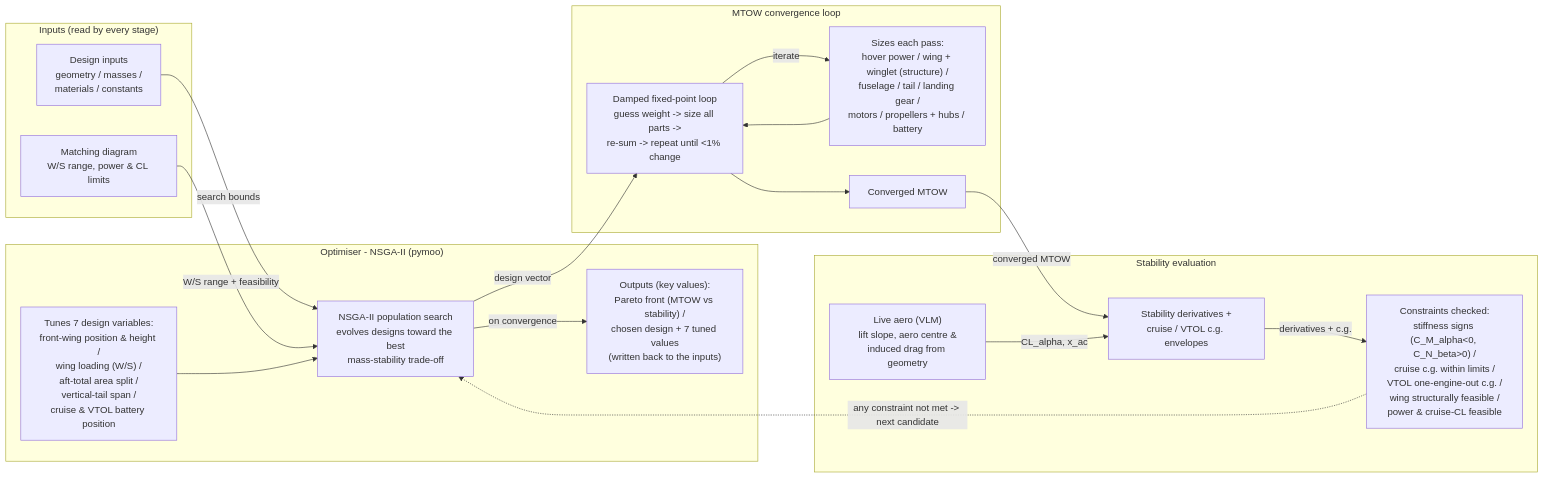
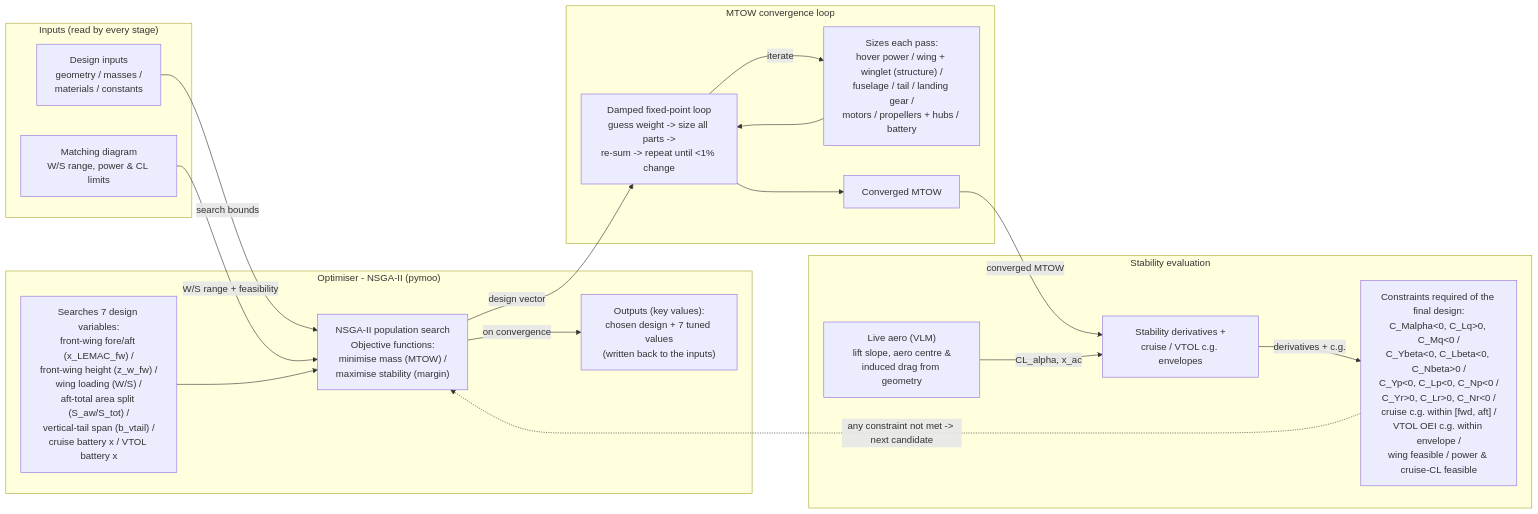
The second of 2 diagrams in docs/architecture/architecture.md (TGAJB/Prandtl-plane-EVTOL), drawn with Mermaid before and after one commit. The commit also changed 4 other files, not shown here.

Commit message:
another diagram update

````diff
--- a/docs/architecture/architecture.md
+++ b/docs/architecture/architecture.md
@@ -175,34 +175,34 @@
 ```mermaid
 flowchart LR
   subgraph cl_src["Inputs (read by every stage)"]
     in_design["Design inputs<br/>geometry / masses /<br/>materials / constants"]
     in_match["Matching diagram<br/>W/S range, power & CL limits"]
   end
   subgraph cl_opt["Optimiser - NSGA-II (pymoo)"]
-    opt_vars["Tunes 7 design variables:<br/>front-wing position & height /<br/>wing loading (W/S) /<br/>aft-total area split /<br/>vertical-tail span /<br/>cruise & VTOL battery position"]
-    opt_main["NSGA-II population search<br/>evolves designs toward the best<br/>mass-stability trade-off"]
-    opt_out["Outputs (key values):<br/>Pareto front (MTOW vs stability) /<br/>chosen design + 7 tuned values<br/>(written back to the inputs)"]
+    opt_vars["Searches 7 design variables:<br/>front-wing fore/aft (x_LEMAC_fw) /<br/>front-wing height (z_w_fw) /<br/>wing loading (W/S) /<br/>aft-total area split (S_aw/S_tot) /<br/>vertical-tail span (b_vtail) /<br/>cruise battery x / VTOL battery x"]
+    opt_main["NSGA-II population search<br/>Objective functions:<br/>minimise mass (MTOW) /<br/>maximise stability (margin)"]
+    opt_out["Outputs (key values):<br/>chosen design + 7 tuned values<br/>(written back to the inputs)"]
   end
   subgraph cl_mtow["MTOW convergence loop"]
     mtow_loop["Damped fixed-point loop<br/>guess weight -> size all parts -><br/>re-sum -> repeat until <1% change"]
     mtow_parts["Sizes each pass:<br/>hover power / wing + winglet (structure) /<br/>fuselage / tail / landing gear /<br/>motors / propellers + hubs / battery"]
     mtow_out["Converged MTOW"]
   end
   subgraph cl_stab["Stability evaluation"]
     stab_aero["Live aero (VLM)<br/>lift slope, aero centre &<br/>induced drag from geometry"]
     stab_eval["Stability derivatives +<br/>cruise / VTOL c.g. envelopes"]
-    stab_con["Constraints checked:<br/>stiffness signs (C_M_alpha<0, C_N_beta>0) /<br/>cruise c.g. within limits /<br/>VTOL one-engine-out c.g. /<br/>wing structurally feasible /<br/>power & cruise-CL feasible"]
+    stab_con["Constraints required of the final design:<br/>C_Malpha<0, C_Lq>0, C_Mq<0 /<br/>C_Ybeta<0, C_Lbeta<0, C_Nbeta>0 /<br/>C_Yp<0, C_Lp<0, C_Np<0 /<br/>C_Yr>0, C_Lr>0, C_Nr<0 /<br/>cruise c.g. within [fwd, aft] /<br/>VTOL OEI c.g. within envelope /<br/>wing feasible / power & cruise-CL feasible"]
   end
   in_design -->|search bounds| opt_main
   in_match -->|W/S range + feasibility| opt_main
   opt_vars --> opt_main
   opt_main -->|on convergence| opt_out
   opt_main -->|design vector| mtow_loop
   mtow_loop -->|iterate| mtow_parts
   mtow_parts --> mtow_loop
   mtow_loop --> mtow_out
   mtow_out -->|converged MTOW| stab_eval
   stab_aero -->|CL_alpha, x_ac| stab_eval
   stab_eval -->|derivatives + c.g.| stab_con
   stab_con -.->|any constraint not met -> next candidate| opt_main
 ```
````
